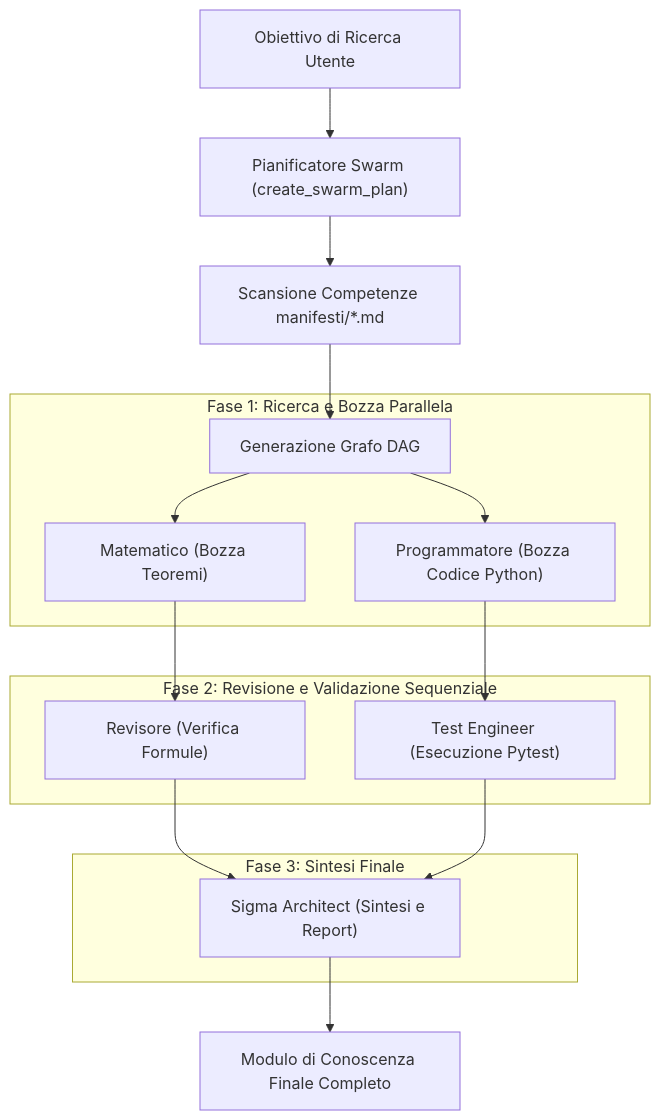
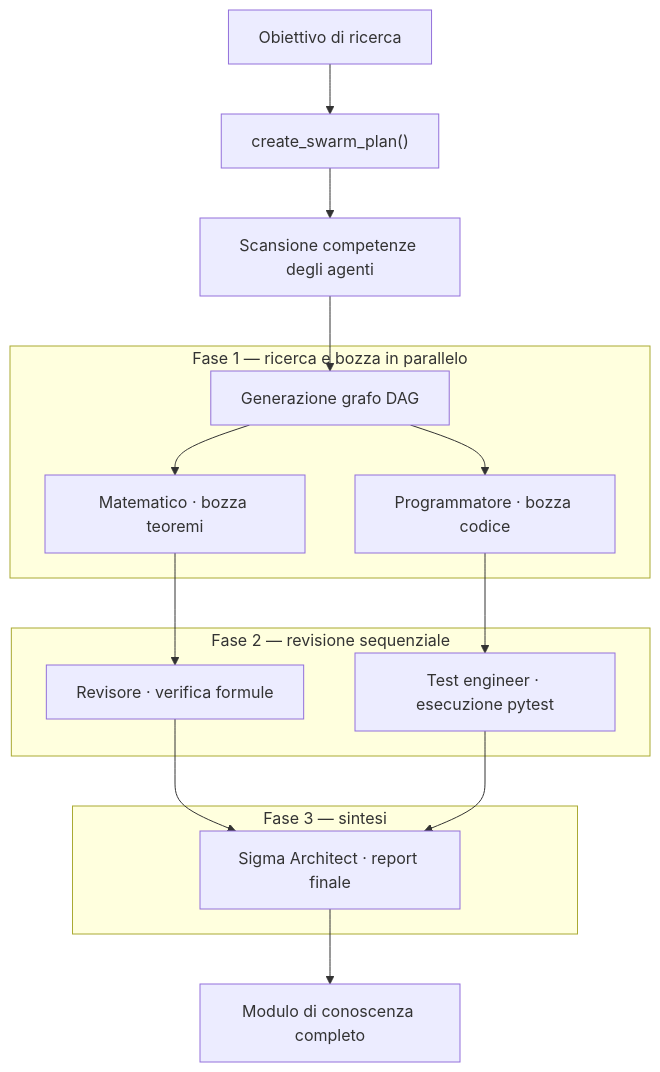
One commit to Sigmanih/SigmaStudio changed the second of 4 diagrams in architettura.md. Above: the diagram before and after it, drawn with Mermaid. The commit also changed other lines of this file and 2 other files, not shown here.

````diff
--- a/architettura.md
+++ b/architettura.md
@@ -171,23 +218,23 @@
 ```mermaid
 graph TD
-    UserGoal["Obiettivo di Ricerca Utente"] --> SwarmPlanner["Pianificatore Swarm (create_swarm_plan)"]
-    SwarmPlanner --> ManifestoScan["Scansione Competenze manifesti/*.md"]
-    ManifestoScan --> DAGGen["Generazione Grafo DAG"]
+    UserGoal["Obiettivo di ricerca"] --> SwarmPlanner["create_swarm_plan()"]
+    SwarmPlanner --> ManifestoScan["Scansione competenze degli agenti"]
+    ManifestoScan --> DAGGen["Generazione grafo DAG"]
 
-    subgraph Fase1 ["Fase 1: Ricerca e Bozza Parallela"]
-        DAGGen --> TaskMath["Matematico (Bozza Teoremi)"]
-        DAGGen --> TaskCode["Programmatore (Bozza Codice Python)"]
+    subgraph Fase1 ["Fase 1 — ricerca e bozza in parallelo"]
+        DAGGen --> TaskMath["Matematico · bozza teoremi"]
+        DAGGen --> TaskCode["Programmatore · bozza codice"]
     end
 
-    subgraph Fase2 ["Fase 2: Revisione e Validazione Sequenziale"]
-        TaskMath --> Reviewer["Revisore (Verifica Formule)"]
-        TaskCode --> Tester["Test Engineer (Esecuzione Pytest)"]
+    subgraph Fase2 ["Fase 2 — revisione sequenziale"]
+        TaskMath --> Reviewer["Revisore · verifica formule"]
+        TaskCode --> Tester["Test engineer · esecuzione pytest"]
     end
 
-    subgraph Fase3 ["Fase 3: Sintesi Finale"]
-        Reviewer --> Architect["Sigma Architect (Sintesi e Report)"]
+    subgraph Fase3 ["Fase 3 — sintesi"]
+        Reviewer --> Architect["Sigma Architect · report finale"]
         Tester --> Architect
     end
 
-    Architect --> Output["Modulo di Conoscenza Finale Completo"]
+    Architect --> Output["Modulo di conoscenza completo"]
 ```
````
